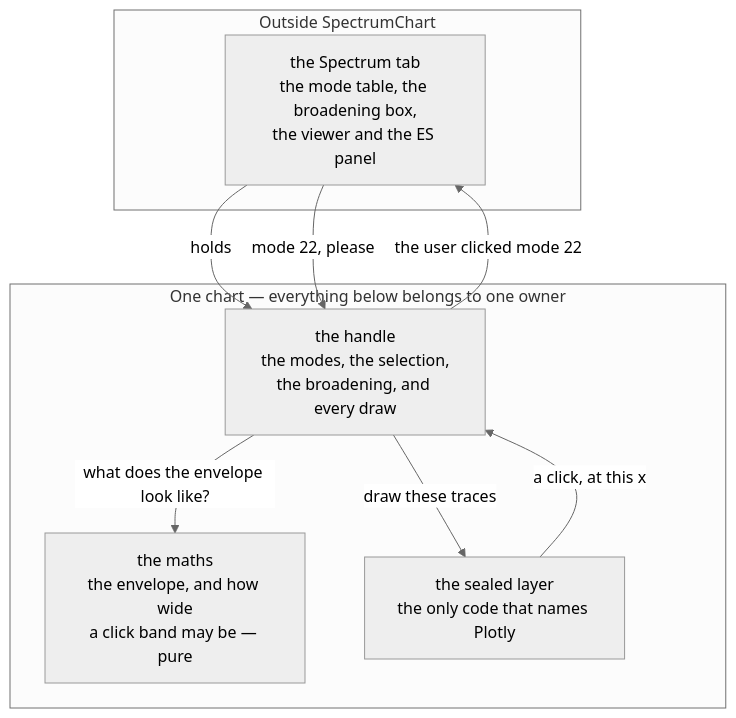
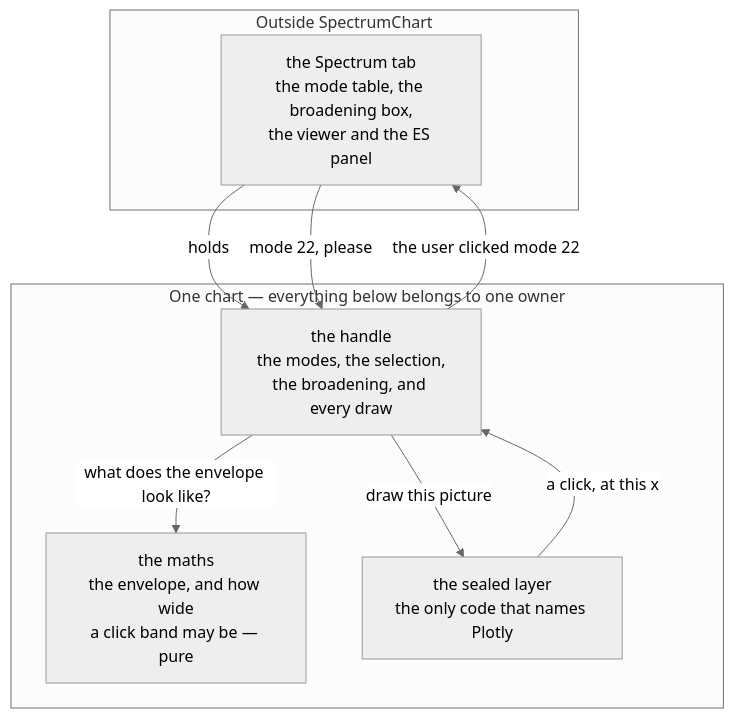
Before and after one commit to Qing-LAB/molbuilder: the diagram in docs/web/spectrumchart.md, drawn with Mermaid (neutral theme). The commit also changed other lines of this file, not shown here.

````diff
--- a/docs/web/spectrumchart.md
+++ b/docs/web/spectrumchart.md
@@ -73,17 +115,17 @@
 ```mermaid
 flowchart TB
     subgraph outside["Outside SpectrumChart"]
       TAB["the Spectrum tab<br/>the mode table, the broadening box,<br/>the viewer and the ES panel"]
     end
     subgraph sc["One chart — everything below belongs to one owner"]
       H["the handle<br/>the modes, the selection,<br/>the broadening, and every draw"]
       M["the maths<br/>the envelope, and how wide<br/>a click band may be — pure"]
       SEAL["the sealed layer<br/>the only code that names Plotly"]
     end
     TAB -->|"holds"| H
     TAB -->|"mode 22, please"| H
     H -->|"the user clicked mode 22"| TAB
     H -->|"what does the envelope look like?"| M
-    H -->|"draw these traces"| SEAL
+    H -->|"draw this picture"| SEAL
     SEAL -->|"a click, at this x"| H
 ```
````
